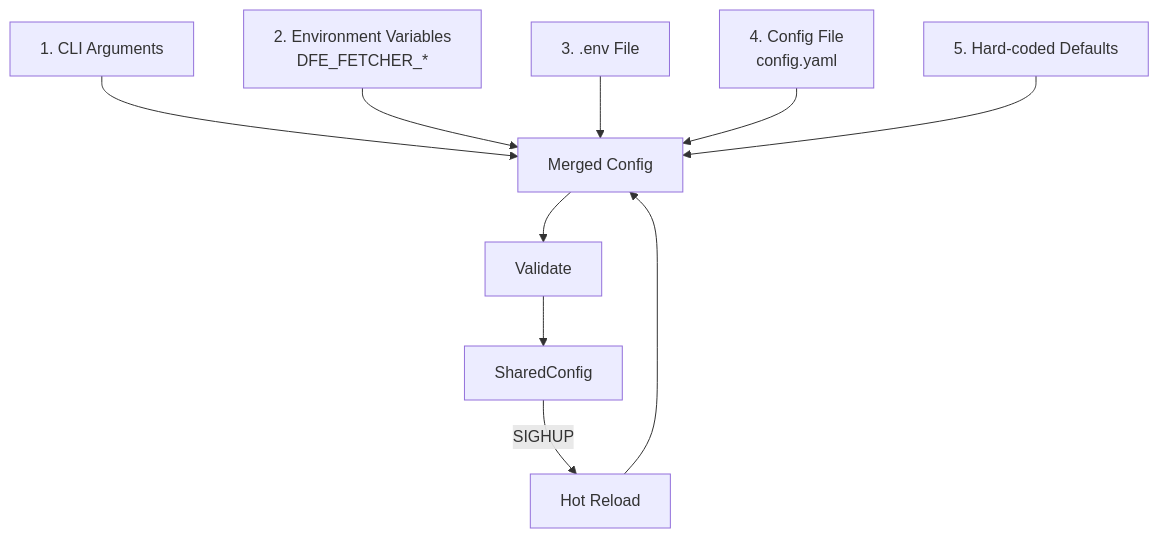
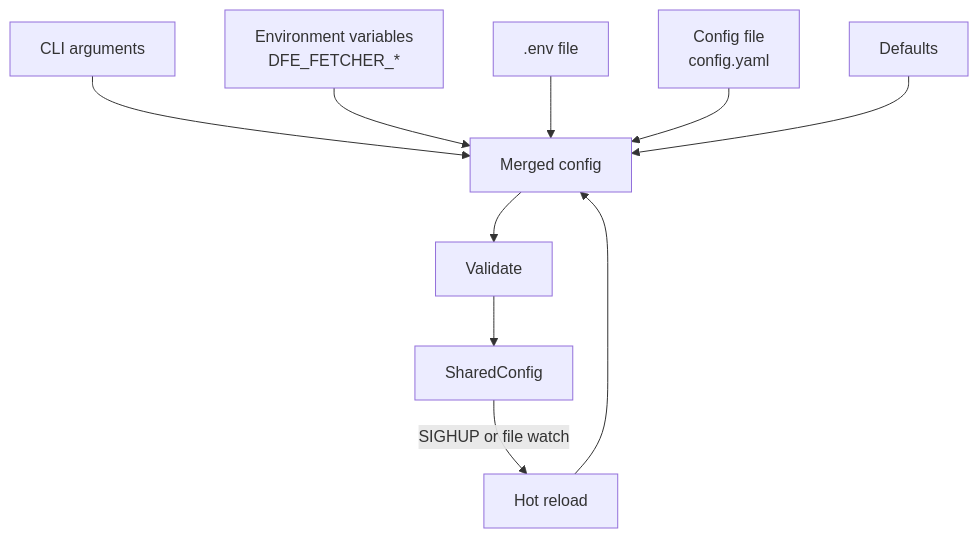
One commit to hyperi-io/dfe-fetcher changed the seventh of 8 diagrams in docs/DESIGN.md. Above: the diagram before and after it, drawn with Mermaid. The commit also changed other lines of this file and 265 other files, not shown here.

````diff
--- a/docs/DESIGN.md
+++ b/docs/DESIGN.md
@@ -201,12 +373,12 @@
 ```mermaid
-graph TB
-    CLI[1. CLI Arguments] --> Merge
-    ENV[2. Environment Variables<br>DFE_FETCHER_*] --> Merge
-    DOT[3. .env File] --> Merge
-    CFG[4. Config File<br>config.yaml] --> Merge
-    DEF[5. Hard-coded Defaults] --> Merge
-    Merge[Merged Config] --> Validate
+flowchart TB
+    CLI[CLI arguments] --> Merge
+    ENV[Environment variables<br>DFE_FETCHER_*] --> Merge
+    DOT[.env file] --> Merge
+    CFG[Config file<br>config.yaml] --> Merge
+    DEF[Defaults] --> Merge
+    Merge[Merged config] --> Validate
     Validate --> SharedConfig
-    SharedConfig -->|SIGHUP| Reload[Hot Reload]
+    SharedConfig -->|SIGHUP or file watch| Reload[Hot reload]
     Reload --> Merge
 ```
````
